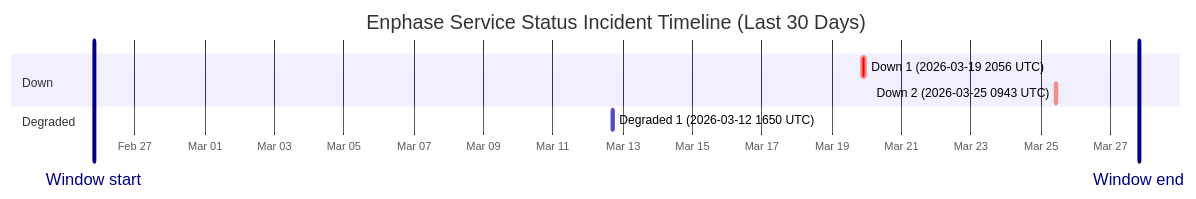
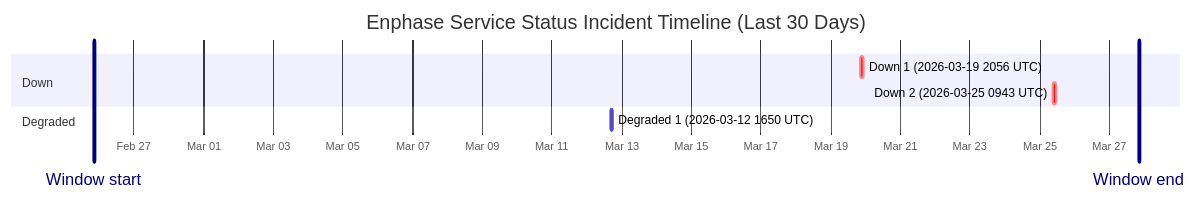
Before and after one commit to barneyonline/ha-enphase-ev-charger: the diagram in wiki/Service-Status-History.md, drawn with Mermaid. The commit also changed other lines of this file and 3 other files, not shown here.

````diff
--- a/wiki/Service-Status-History.md
+++ b/wiki/Service-Status-History.md
@@ -14,13 +14,13 @@
 ```mermaid
 gantt
     title Enphase Service Status Incident Timeline (Last 30 Days)
     dateFormat  YYYY-MM-DDTHH:mm:ss
     axisFormat  %b %d
-    Window start :vert, window-start, 2026-02-25T19:35:24, 0ms
-    Window end :vert, window-end, 2026-03-27T19:35:24, 0ms
+    Window start :vert, window-start, 2026-02-25T20:27:53, 0ms
+    Window end :vert, window-end, 2026-03-27T20:27:53, 0ms
     section Down
     Down 1 (2026-03-19 2056 UTC) :crit, down-1, 2026-03-19T20:56:20, 145m
     Down 2 (2026-03-25 0943 UTC) :crit, down-2, 2026-03-25T09:43:28, 111m
     section Degraded
     Degraded 1 (2026-03-12 1650 UTC) :active, degraded-1, 2026-03-12T16:50:43, 60m
 ```
````
